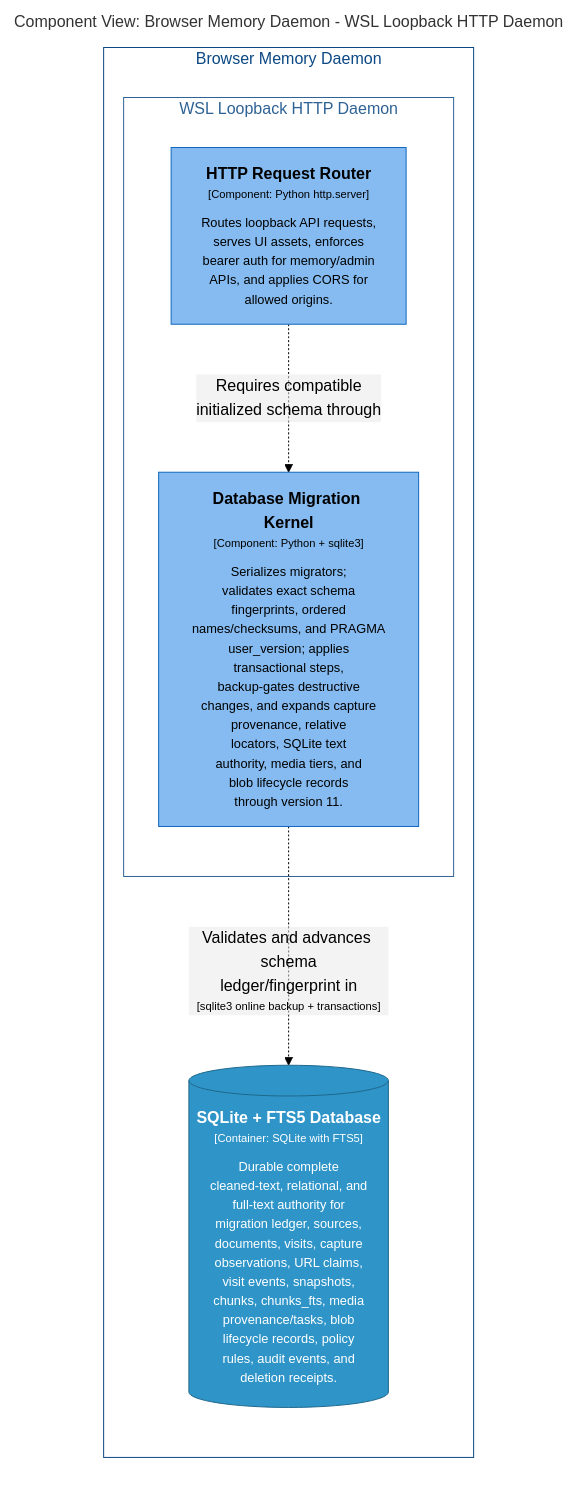
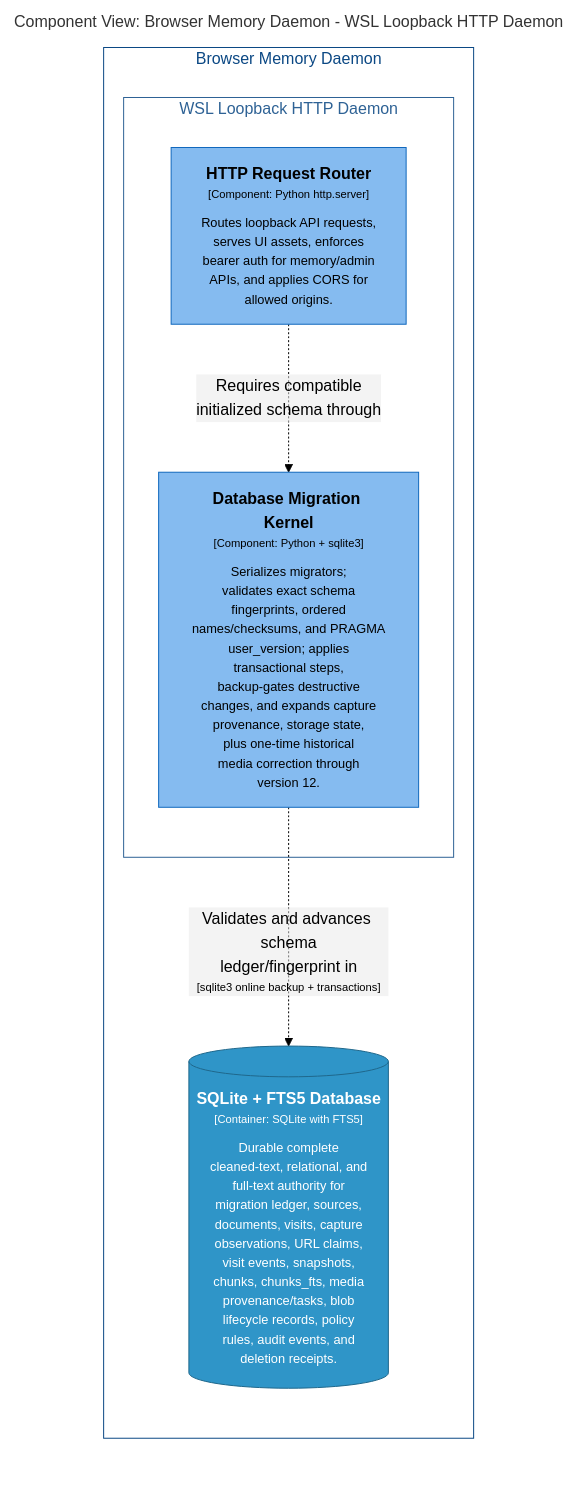
Before and after one commit to michaelnicks0/browser-memory-daemon: the diagram in docs/architecture/diagrams/markdown/DaemonMigrationComponents.md, drawn with Mermaid (forest theme). The commit also changed 163 other files, not shown here.

````diff
--- a/docs/architecture/diagrams/markdown/DaemonMigrationComponents.md
+++ b/docs/architecture/diagrams/markdown/DaemonMigrationComponents.md
@@ -16,28 +16,28 @@
 ```mermaid
 graph LR
   linkStyle default fill:#ffffff
 
   subgraph diagram ["Component View: Browser Memory Daemon - WSL Loopback HTTP Daemon"]
     style diagram fill:#ffffff,stroke:#ffffff
 
     subgraph 4 ["Browser Memory Daemon"]
       style 4 fill:#ffffff,stroke:#0b4884,color:#0b4884
 
       subgraph 14 ["WSL Loopback HTTP Daemon"]
         style 14 fill:#ffffff,stroke:#2e6295,color:#2e6295
 
         15["<div style='font-weight: bold'>HTTP Request Router</div><div style='font-size: 70%; margin-top: 0px'>[Component: Python http.server]</div><div style='font-size: 80%; margin-top:10px'>Routes loopback API requests,<br />serves UI assets, enforces<br />bearer auth for memory/admin<br />APIs, and applies CORS for<br />allowed origins.</div>"]
         style 15 fill:#85bbf0,stroke:#1168bd,color:#000000
-        16["<div style='font-weight: bold'>Database Migration Kernel</div><div style='font-size: 70%; margin-top: 0px'>[Component: Python + sqlite3]</div><div style='font-size: 80%; margin-top:10px'>Serializes migrators;<br />validates exact schema<br />fingerprints, ordered<br />names/checksums, and PRAGMA<br />user_version; applies<br />transactional steps,<br />backup-gates destructive<br />changes, and expands capture<br />provenance, relative<br />locators, SQLite text<br />authority, media tiers, and<br />blob lifecycle records<br />through version 11.</div>"]
+        16["<div style='font-weight: bold'>Database Migration Kernel</div><div style='font-size: 70%; margin-top: 0px'>[Component: Python + sqlite3]</div><div style='font-size: 80%; margin-top:10px'>Serializes migrators;<br />validates exact schema<br />fingerprints, ordered<br />names/checksums, and PRAGMA<br />user_version; applies<br />transactional steps,<br />backup-gates destructive<br />changes, and expands capture<br />provenance, storage state,<br />plus one-time historical<br />media correction through<br />version 12.</div>"]
         style 16 fill:#85bbf0,stroke:#1168bd,color:#000000
       end
 
-      36[("<div style='font-weight: bold'>SQLite + FTS5 Database</div><div style='font-size: 70%; margin-top: 0px'>[Container: SQLite with FTS5]</div><div style='font-size: 80%; margin-top:10px'>Durable complete<br />cleaned-text, relational, and<br />full-text authority for<br />migration ledger, sources,<br />documents, visits, capture<br />observations, URL claims,<br />visit events, snapshots,<br />chunks, chunks_fts, media<br />provenance/tasks, blob<br />lifecycle records, policy<br />rules, audit events, and<br />deletion receipts.</div>")]
-      style 36 fill:#2f95c8,stroke:#20688c,color:#ffffff
+      37[("<div style='font-weight: bold'>SQLite + FTS5 Database</div><div style='font-size: 70%; margin-top: 0px'>[Container: SQLite with FTS5]</div><div style='font-size: 80%; margin-top:10px'>Durable complete<br />cleaned-text, relational, and<br />full-text authority for<br />migration ledger, sources,<br />documents, visits, capture<br />observations, URL claims,<br />visit events, snapshots,<br />chunks, chunks_fts, media<br />provenance/tasks, blob<br />lifecycle records, policy<br />rules, audit events, and<br />deletion receipts.</div>")]
+      style 37 fill:#2f95c8,stroke:#20688c,color:#ffffff
     end
 
-    16-. "<div>Validates and advances schema<br />ledger/fingerprint in</div><div style='font-size: 70%'>[sqlite3 online backup + transactions]</div>" .->36
+    16-. "<div>Validates and advances schema<br />ledger/fingerprint in</div><div style='font-size: 70%'>[sqlite3 online backup + transactions]</div>" .->37
     15-. "<div>Requires compatible<br />initialized schema through</div><div style='font-size: 70%'></div>" .->16
 
   end
 ```
````
